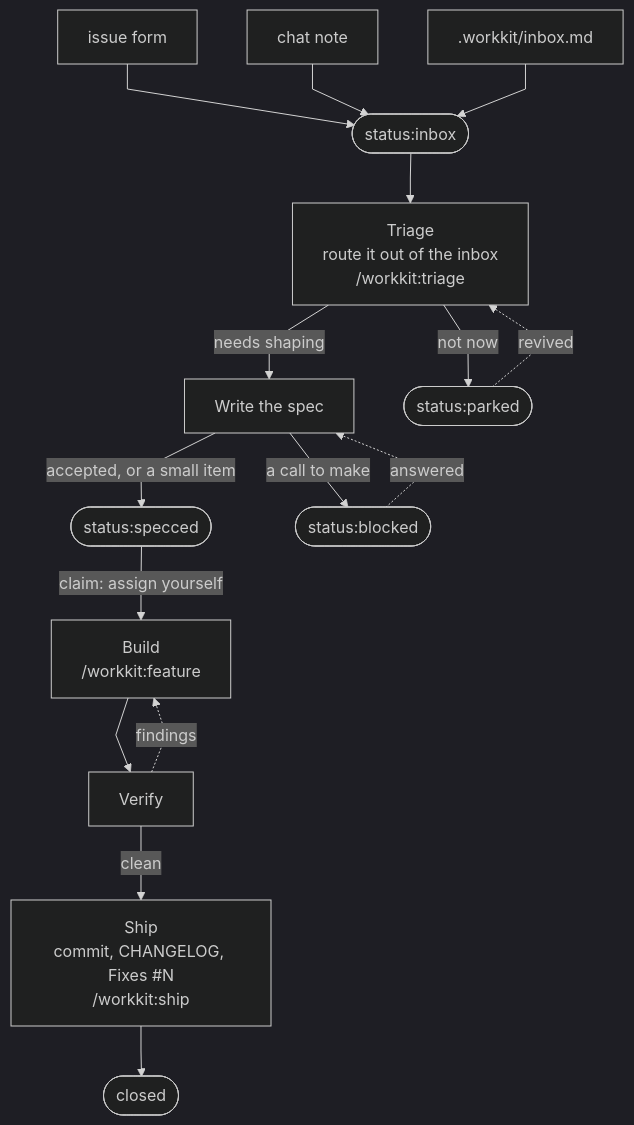
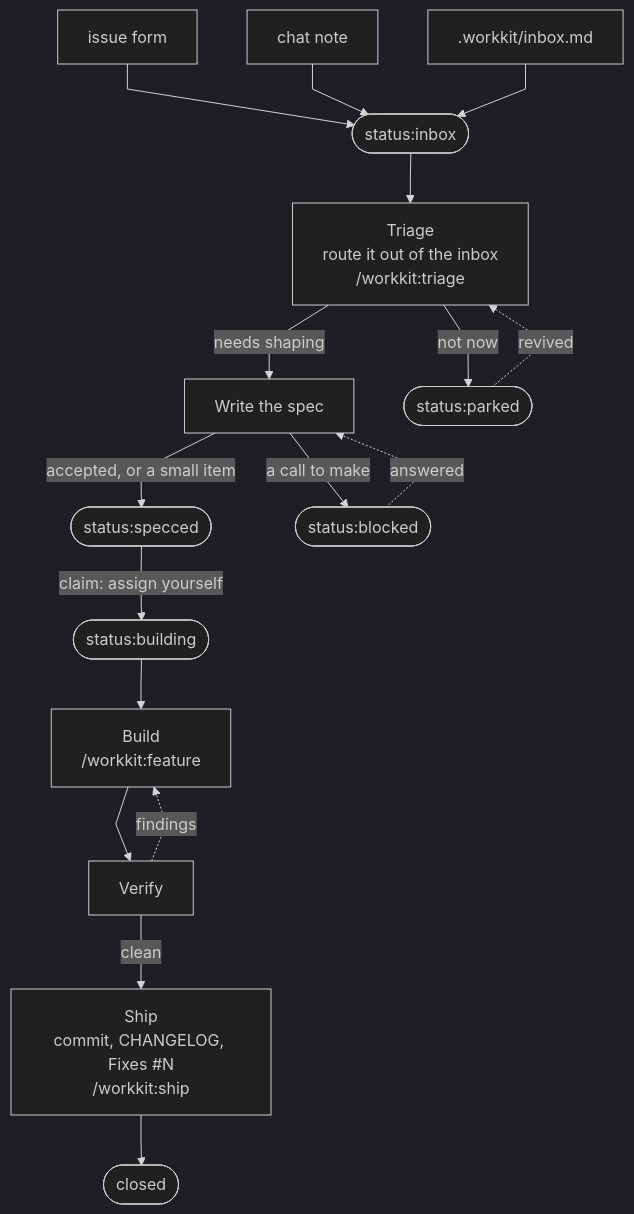
Before and after one commit to itw-creative-works/workkit: the first of 2 diagrams in README.md, drawn with Mermaid (dark theme). The commit also changed other lines of this file and 23 other files, not shown here.

````diff
--- a/README.md
+++ b/README.md
@@ -7,19 +7,20 @@
 ```mermaid
 %%{init: {"flowchart": {"curve": "linear"}}}%%
 flowchart TB
     Form["issue form"] --> Inbox([status:inbox])
     Note["chat note"] --> Inbox
     File[".workkit/inbox.md"] --> Inbox
     Inbox --> Triage["Triage<br>route it out of the inbox<br>/workkit:triage"]
     Triage -->|needs shaping| Spec["Write the spec"]
     Triage -->|not now| Parked([status:parked])
     Parked -.->|revived| Triage
     Spec -->|accepted, or a small item| Specced([status:specced])
     Spec -->|a call to make| Blocked([status:blocked])
     Blocked -.->|answered| Spec
-    Specced -->|claim: assign yourself| Build["Build<br>/workkit:feature"]
+    Specced -->|claim: assign yourself| Building([status:building])
+    Building --> Build["Build<br>/workkit:feature"]
     Build --> Verify["Verify"]
     Verify -.->|findings| Build
     Verify -->|clean| Ship["Ship<br>commit, CHANGELOG, Fixes #N<br>/workkit:ship"]
     Ship --> Closed([closed])
 ```
````
